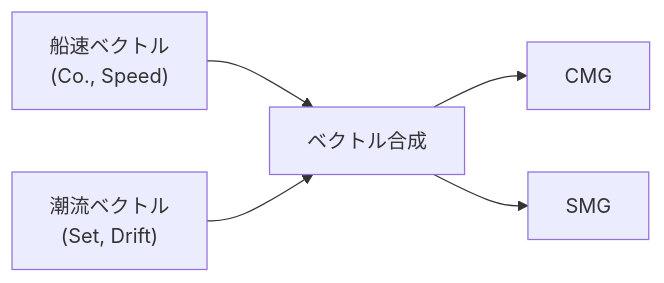
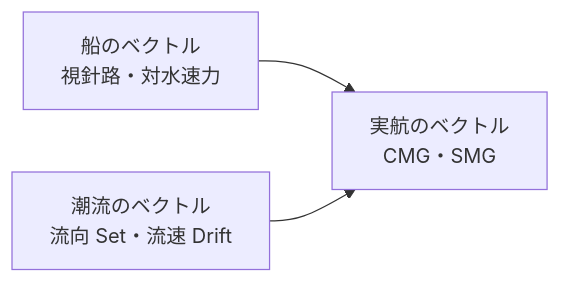
Before and after one commit to serkenn/Navigation-calculations: the first of 5 diagrams in docs/pilot2.md, drawn with Mermaid. The commit also changed other lines of this file and 6 other files, not shown here.

````diff
--- a/docs/pilot2.md
+++ b/docs/pilot2.md
@@ -11,7 +17,5 @@
 ```mermaid
 flowchart LR
-    A["船速ベクトル<br>(Co., Speed)"] --> C[ベクトル合成]
-    B["潮流ベクトル<br>(Set, Drift)"] --> C
-    C --> D[CMG]
-    C --> E[SMG]
+    S["船のベクトル<br>視針路・対水速力"] --> G["実航のベクトル<br>CMG・SMG"]
+    C["潮流のベクトル<br>流向 Set・流速 Drift"] --> G
 ```
````
